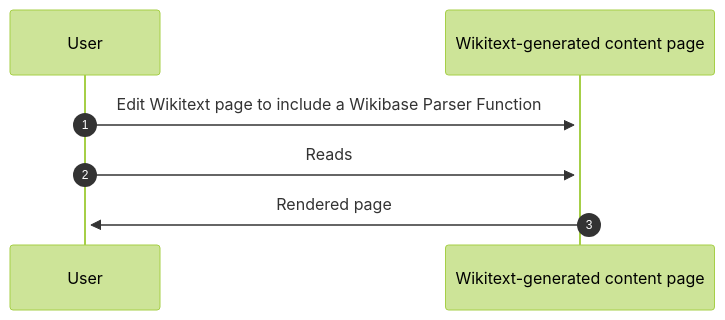
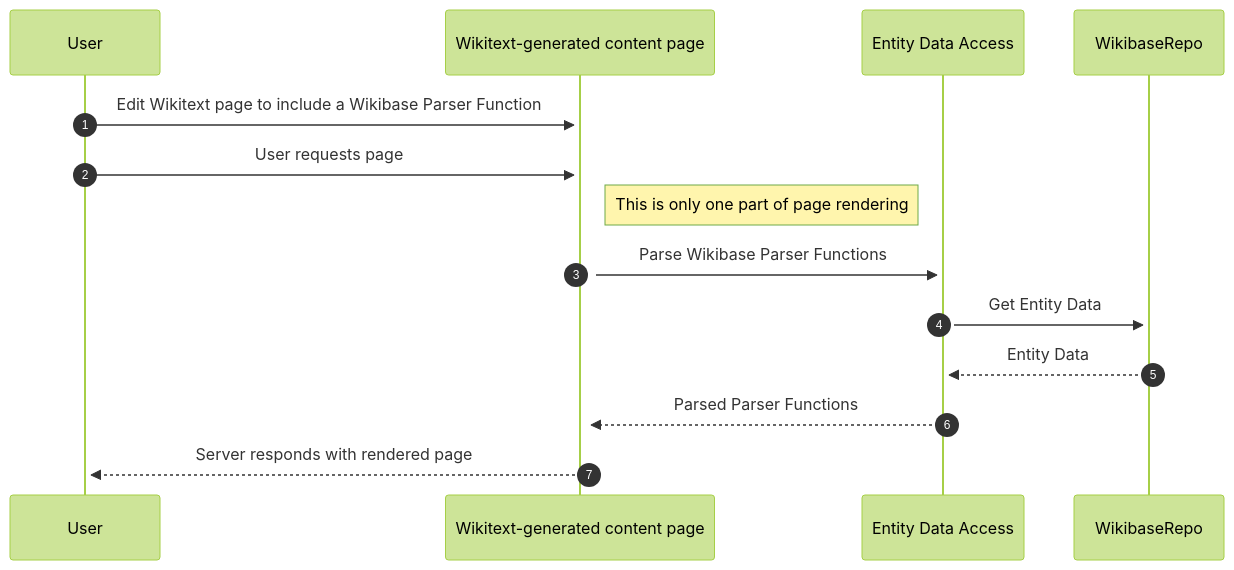
The seventh of 7 diagrams in systems/WikibaseClient/06-Runtime_View.md (wmde/wikidata-wikibase-architecture), drawn with Mermaid (forest theme) before and after one commit. The commit also changed other lines of this file, not shown here.

Commit message:
Include Repo etc in parser function & LUA runtime diagrams

````diff
--- a/systems/WikibaseClient/06-Runtime_View.md
+++ b/systems/WikibaseClient/06-Runtime_View.md
@@ -109,7 +115,12 @@
 ```mermaid
 sequenceDiagram
     autonumber
     User->>+Wikitext-generated content page: Edit Wikitext page to include a Wikibase Parser Function
-    User->>+Wikitext-generated content page: Reads
-    Wikitext-generated content page->>+User: Rendered page
+    User->>+Wikitext-generated content page: User requests page
+    Note right of Wikitext-generated content page: This is only one part of page rendering
+    Wikitext-generated content page->>+Entity Data Access: Parse Wikibase Parser Functions
+    Entity Data Access->>+WikibaseRepo: Get Entity Data
+    WikibaseRepo-->>Entity Data Access: Entity Data
+    Entity Data Access-->>Wikitext-generated content page: Parsed Parser Functions
+    Wikitext-generated content page-->>+User: Server responds with rendered page
 ```
````
